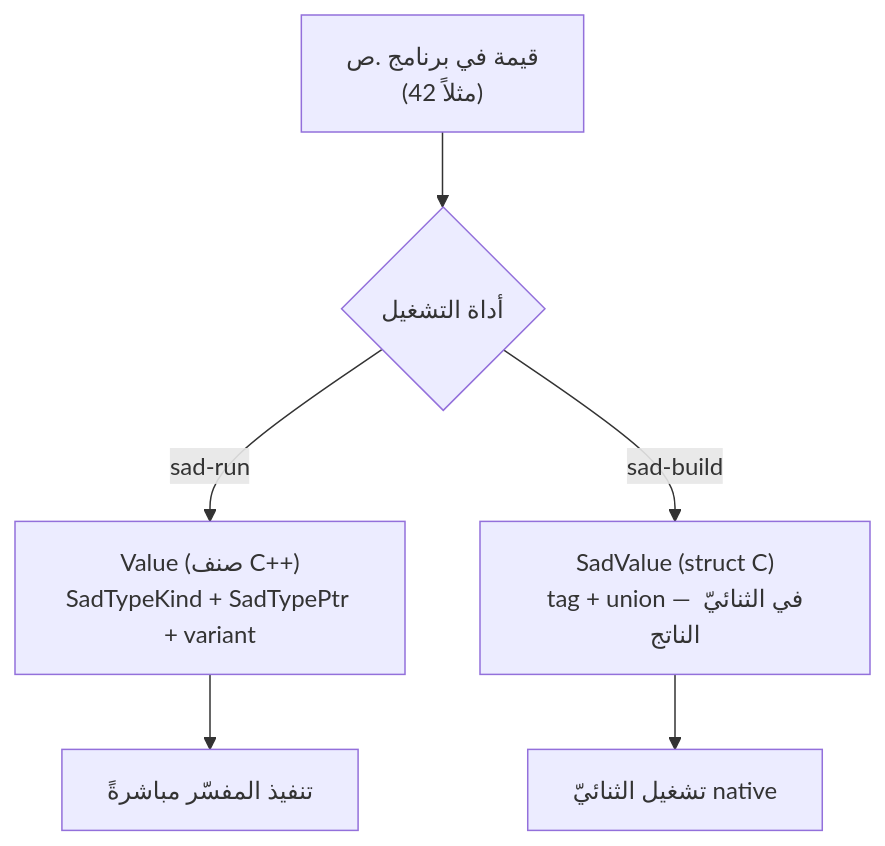
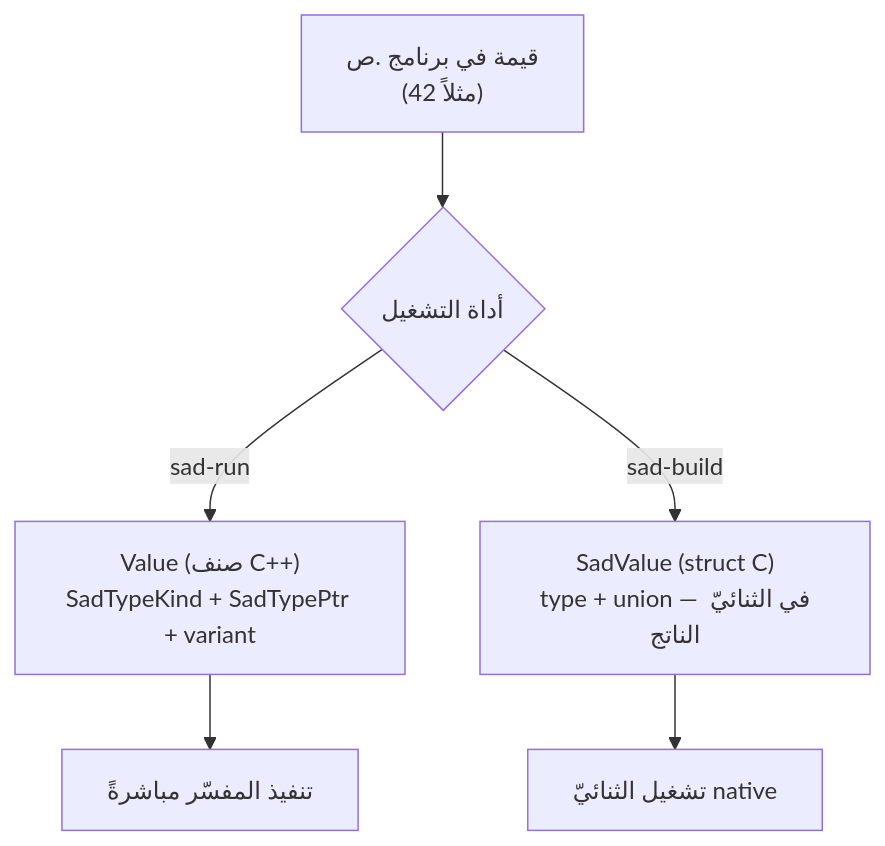
One commit to sadlang/dev-guide changed the fourth of 6 diagrams in src/systems/types.md. Above: the diagram before and after it, drawn with Mermaid. The commit also changed other lines of this file, not shown here.

First line of the commit message:
docs(systems): إصلاح مخطط §⑥ + تصحيحات تدقيق (tag→type، اكتمال المصنِّفات)

````diff
--- a/src/systems/types.md
+++ b/src/systems/types.md
@@ -135,8 +135,8 @@
 ```mermaid
 flowchart TD
   SRC["قيمة في برنامج .ص<br/>(مثلاً 42)"] --> Q{أداة التشغيل}
   Q -->|sad-run| V["Value (صنف C++)<br/>SadTypeKind + SadTypePtr + variant"]
-  Q -->|sad-build| C["SadValue (struct C)<br/>tag + union — في الثنائيّ الناتج"]
+  Q -->|sad-build| C["SadValue (struct C)<br/>type + union — في الثنائيّ الناتج"]
   V --> INT["تنفيذ المفسّر مباشرةً"]
   C --> BIN["تشغيل الثنائيّ native"]
 ```
````
